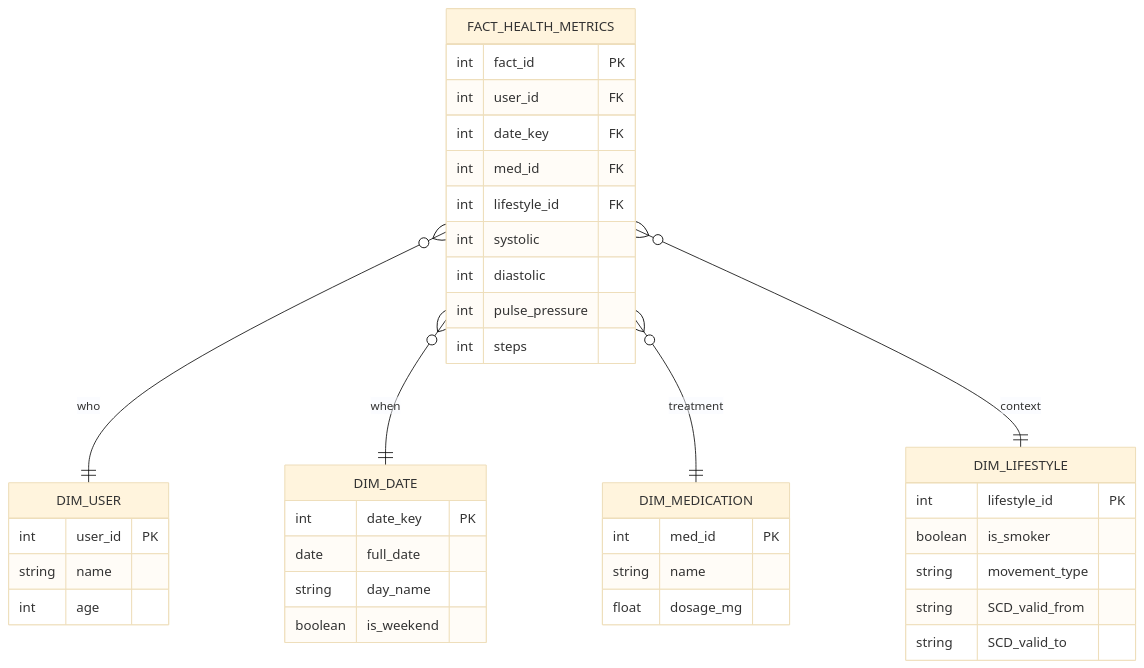
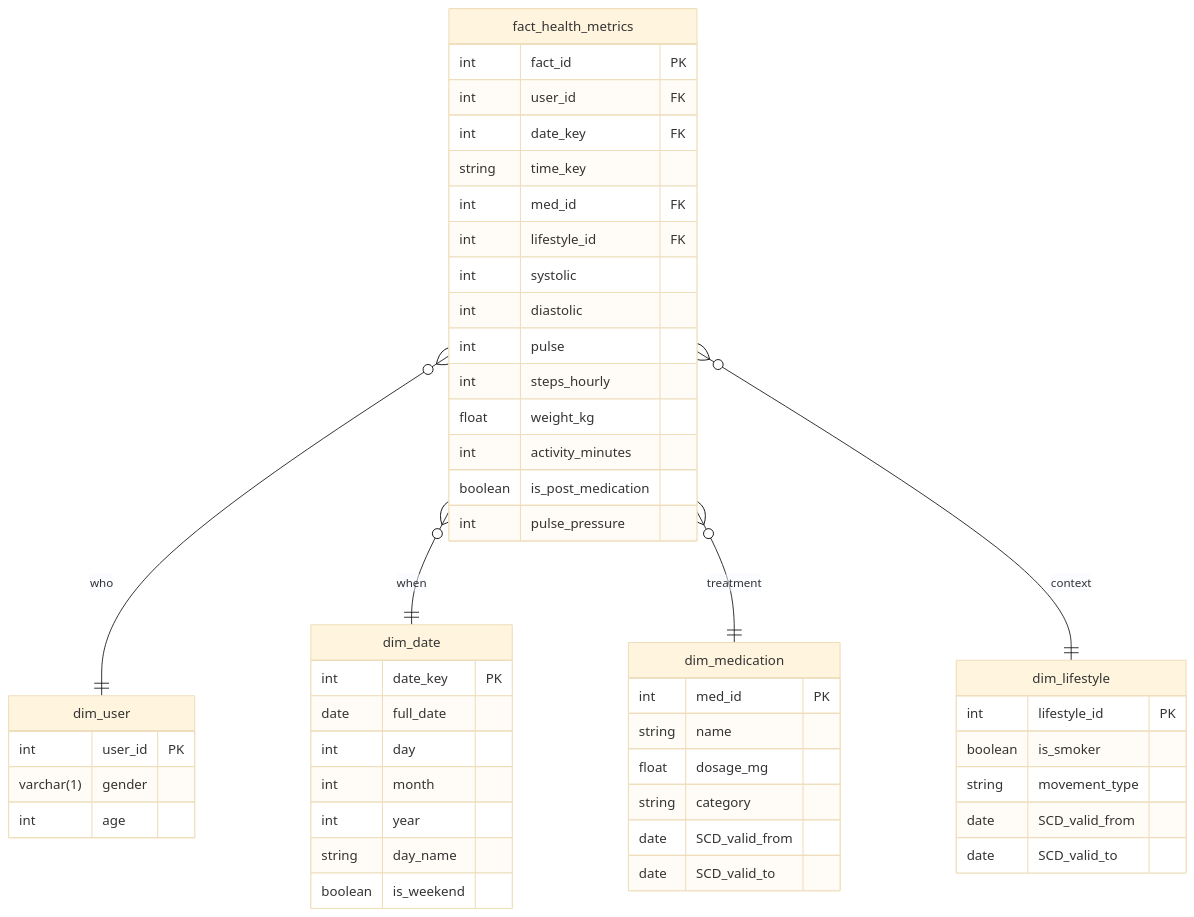
Before and after one commit to NilsBauch/blutdruck_data_engineer_training: the second of 2 diagrams in Architektur/Design/Design_Dokumentation.md, drawn with Mermaid (base theme). The commit also changed other lines of this file and 13 other files, not shown here.

````diff
--- a/Architektur/Design/Design_Dokumentation.md
+++ b/Architektur/Design/Design_Dokumentation.md
@@ -130,42 +158,53 @@
 ```mermaid
 erDiagram
-    FACT_HEALTH_METRICS }o--|| DIM_USER : who
-    FACT_HEALTH_METRICS }o--|| DIM_DATE : when
-    FACT_HEALTH_METRICS }o--|| DIM_MEDICATION : treatment
-    FACT_HEALTH_METRICS }o--|| DIM_LIFESTYLE : context
+    fact_health_metrics }o--|| dim_user : who
+    fact_health_metrics }o--|| dim_date : when
+    fact_health_metrics }o--|| dim_medication : treatment
+    fact_health_metrics }o--|| dim_lifestyle : context
 
-    FACT_HEALTH_METRICS {
+    fact_health_metrics {
         int fact_id PK
         int user_id FK
         int date_key FK
+        string time_key
         int med_id FK
         int lifestyle_id FK
         int systolic
         int diastolic
+        int pulse
+        int steps_hourly
+        float weight_kg
+        int activity_minutes
+        boolean is_post_medication
         int pulse_pressure
-        int steps
     }
-    DIM_USER {
+    dim_user {
         int user_id PK
-        string name
+        varchar(1) gender
         int age
     }
-    DIM_DATE {
+    dim_date {
         int date_key PK
         date full_date
+        int day
+        int month
+        int year
         string day_name
         boolean is_weekend
     }
-    DIM_MEDICATION {
+    dim_medication {
         int med_id PK
         string name
         float dosage_mg
+        string category
+        date SCD_valid_from
+        date SCD_valid_to
     }
-    DIM_LIFESTYLE {
+    dim_lifestyle {
         int lifestyle_id PK
         boolean is_smoker
         string movement_type
-        string SCD_valid_from
-        string SCD_valid_to
+        date SCD_valid_from
+        date SCD_valid_to
     }
 ```
````
